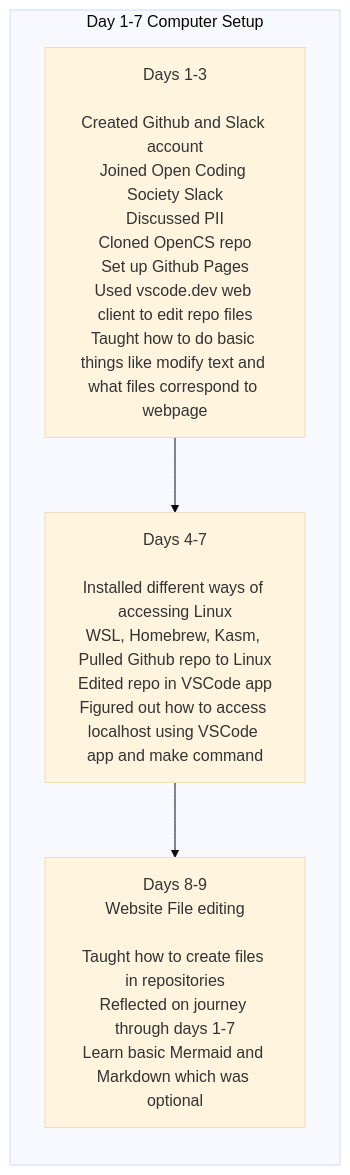
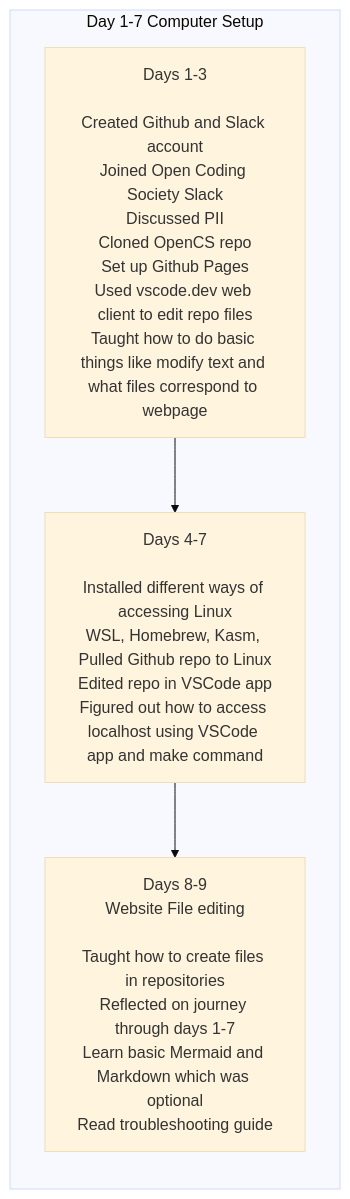
The second of 2 diagrams in _posts/Foundation/B-tools_and_equipment/2025-11-21-tools_quest.md (rsharma5128/student), drawn with Mermaid (base theme) before and after one commit.

Commit message:
added something to day 8-9

````diff
--- a/_posts/Foundation/B-tools_and_equipment/2025-11-21-tools_quest.md
+++ b/_posts/Foundation/B-tools_and_equipment/2025-11-21-tools_quest.md
@@ -59,10 +59,10 @@
 ```mermaid
 flowchart LR
     subgraph Day_1[Day 1-7 Computer Setup]
         A[Days 1-3<br/><br/>Created Github and Slack account<br/>Joined Open Coding Society Slack<br/>Discussed PII<br/>Cloned OpenCS repo<br/>Set up Github Pages<br/>Used vscode.dev web client to edit repo files<br/>Taught how to do basic things like modify text and what files correspond to webpage]:::dayuno
         B[Days 4-7<br/><br/>Installed different ways of accessing Linux<br/>WSL, Homebrew, Kasm, <br/>Pulled Github repo to Linux<br/>Edited repo in VSCode app<br/>Figured out how to access localhost using VSCode app and make command]:::daydos
-        C[Days 8-9<br/>Website File editing<br/><br/>Taught how to create files in repositories<br/>Reflected on journey through days 1-7<br/>Learn basic Mermaid and Markdown which was optional]:::daytres
+        C[Days 8-9<br/>Website File editing<br/><br/>Taught how to create files in repositories<br/>Reflected on journey through days 1-7<br/>Learn basic Mermaid and Markdown which was optional<br/>Read troubleshooting guide]:::daytres
     end
 A --> B
 B --> C
 ```
````
